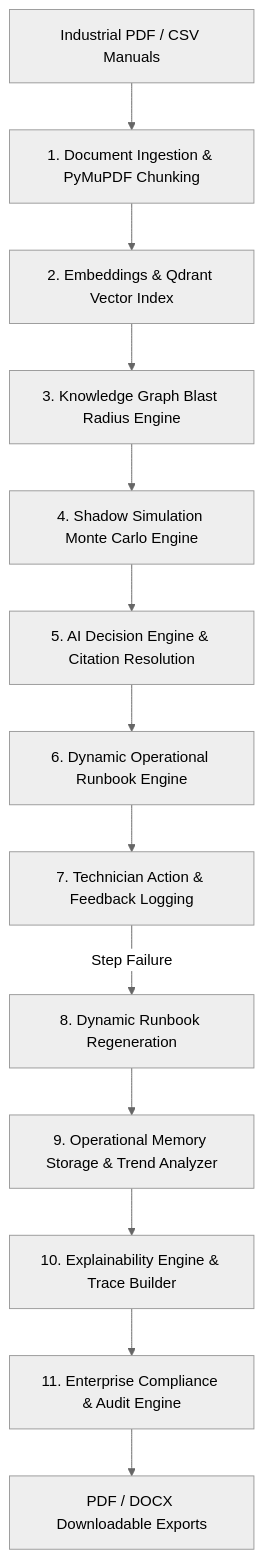
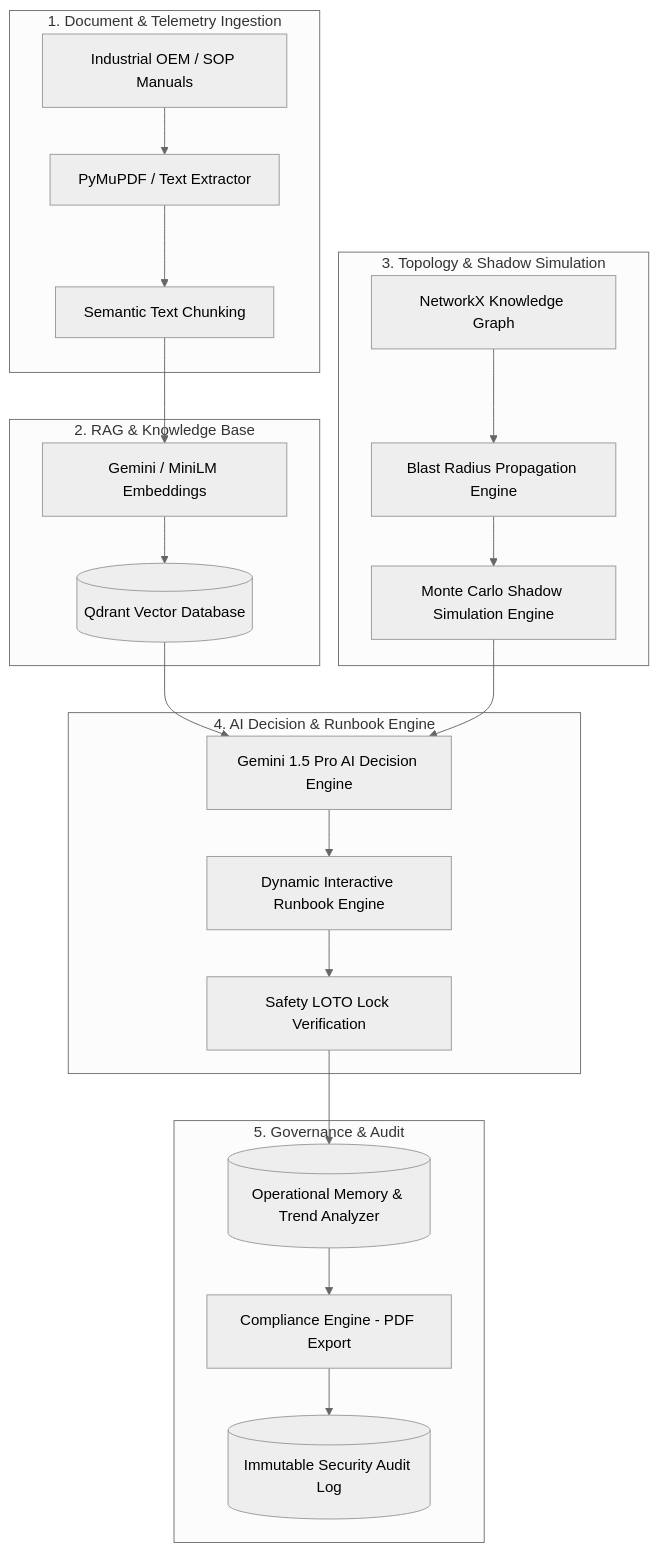
The diagram in README.md (RudraMalvankar/ETI), drawn with Mermaid (neutral theme) before and after one commit. The commit also changed other lines of this file and 16 other files, not shown here.

Commit message:
docs: initialize project documentation, setup templates, and formalize security and compliance policies

````diff
--- a/README.md
+++ b/README.md
@@ -14,15 +29,30 @@
 ```mermaid
 flowchart TD
-    PDF[Industrial PDF / CSV Manuals] --> Ingest[1. Document Ingestion & PyMuPDF Chunking]
-    Ingest --> VectorStore[2. Embeddings & Qdrant Vector Index]
-    VectorStore --> Graph[3. Knowledge Graph Blast Radius Engine]
-    Graph --> Sim[4. Shadow Simulation Monte Carlo Engine]
-    Sim --> Decision[5. AI Decision Engine & Citation Resolution]
-    Decision --> Runbook[6. Dynamic Operational Runbook Engine]
-    Runbook --> TechFeedback[7. Technician Action & Feedback Logging]
-    TechFeedback -->|Step Failure| Regeneration[8. Dynamic Runbook Regeneration]
-    Regeneration --> Memory[9. Operational Memory Storage & Trend Analyzer]
-    Memory --> Explainability[10. Explainability Engine & Trace Builder]
-    Explainability --> Compliance[11. Enterprise Compliance & Audit Engine]
-    Compliance --> Exports[PDF / DOCX Downloadable Exports]
+    subgraph Ingestion ["1. Document & Telemetry Ingestion"]
+        PDF[Industrial OEM / SOP Manuals] --> OCR[PyMuPDF / Text Extractor]
+        OCR --> Chunk[Semantic Text Chunking]
+    end
+
+    subgraph VectorDB ["2. RAG & Knowledge Base"]
+        Chunk --> Embed[Gemini / MiniLM Embeddings]
+        Embed --> Qdrant[(Qdrant Vector Database)]
+    end
+
+    subgraph GraphSim ["3. Topology & Shadow Simulation"]
+        GraphEngine[NetworkX Knowledge Graph] --> BlastRadius[Blast Radius Propagation Engine]
+        BlastRadius --> ShadowSim[Monte Carlo Shadow Simulation Engine]
+    end
+
+    subgraph Reasoning ["4. AI Decision & Runbook Engine"]
+        Qdrant --> Decision[Gemini 1.5 Pro AI Decision Engine]
+        ShadowSim --> Decision
+        Decision --> Runbook[Dynamic Interactive Runbook Engine]
+        Runbook --> LOTO[Safety LOTO Lock Verification]
+    end
+
+    subgraph Enterprise ["5. Governance & Audit"]
+        LOTO --> Memory[(Operational Memory & Trend Analyzer)]
+        Memory --> Compliance[Compliance Engine - PDF Export]
+        Compliance --> Audit[(Immutable Security Audit Log)]
+    end
 ```
````
